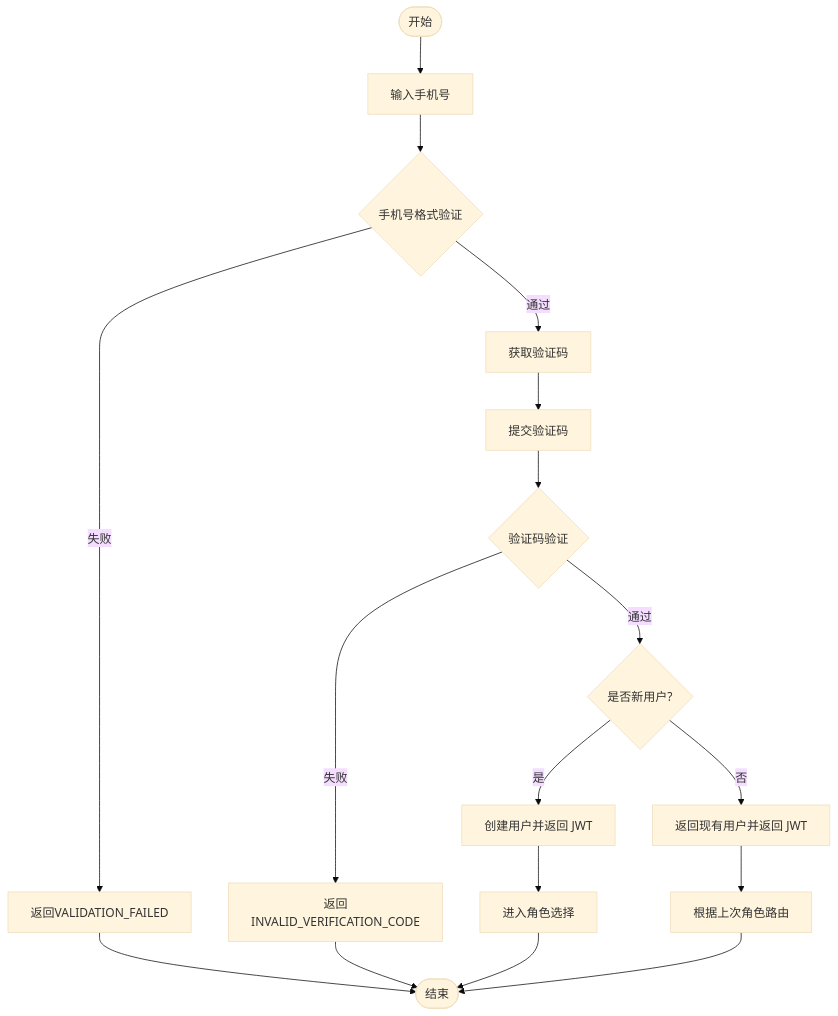
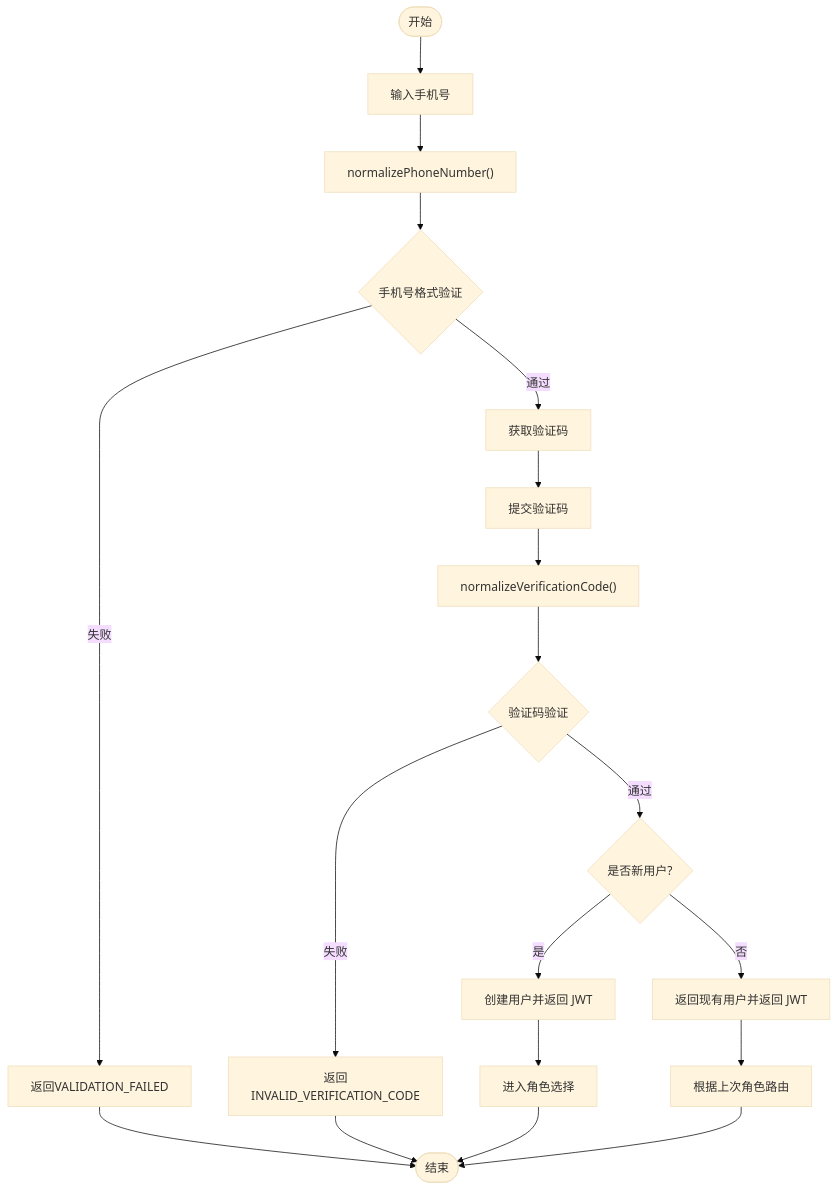
One commit to Jayden23018/blind-run-ios changed the third of 13 diagrams in .qoder/repowiki/zh/content/核心功能模块/认证系统.md. Above: the diagram before and after it, drawn with Mermaid (base theme). The commit also changed other lines of this file and 24 other files, not shown here.

````diff
--- a/.qoder/repowiki/zh/content/核心功能模块/认证系统.md
+++ b/.qoder/repowiki/zh/content/核心功能模块/认证系统.md
@@ -174,19 +205,21 @@
 ```mermaid
 flowchart TD
 Start(["开始"]) --> InputPhone["输入手机号"]
-InputPhone --> ValidatePhone{"手机号格式验证"}
+InputPhone --> NormalizePhone["normalizePhoneNumber()"]
+NormalizePhone --> ValidatePhone{"手机号格式验证"}
 ValidatePhone --> |通过| SendCode["获取验证码"]
 ValidatePhone --> |失败| ValidationError["返回VALIDATION_FAILED"]
 SendCode --> VerifyCode["提交验证码"]
-VerifyCode --> ValidateCode{"验证码验证"}
+VerifyCode --> NormalizeCode["normalizeVerificationCode()"]
+NormalizeCode --> ValidateCode{"验证码验证"}
 ValidateCode --> |通过| IsNew{"是否新用户?"}
 ValidateCode --> |失败| InvalidCode["返回INVALID_VERIFICATION_CODE"]
 IsNew --> |是| CreateUser["创建用户并返回 JWT"]
 IsNew --> |否| ReturnUser["返回现有用户并返回 JWT"]
 CreateUser --> RoleSelect["进入角色选择"]
 ReturnUser --> AutoRoute["根据上次角色路由"]
 ValidationError --> End(["结束"])
 InvalidCode --> End
 RoleSelect --> End
 AutoRoute --> End
 ```
````
